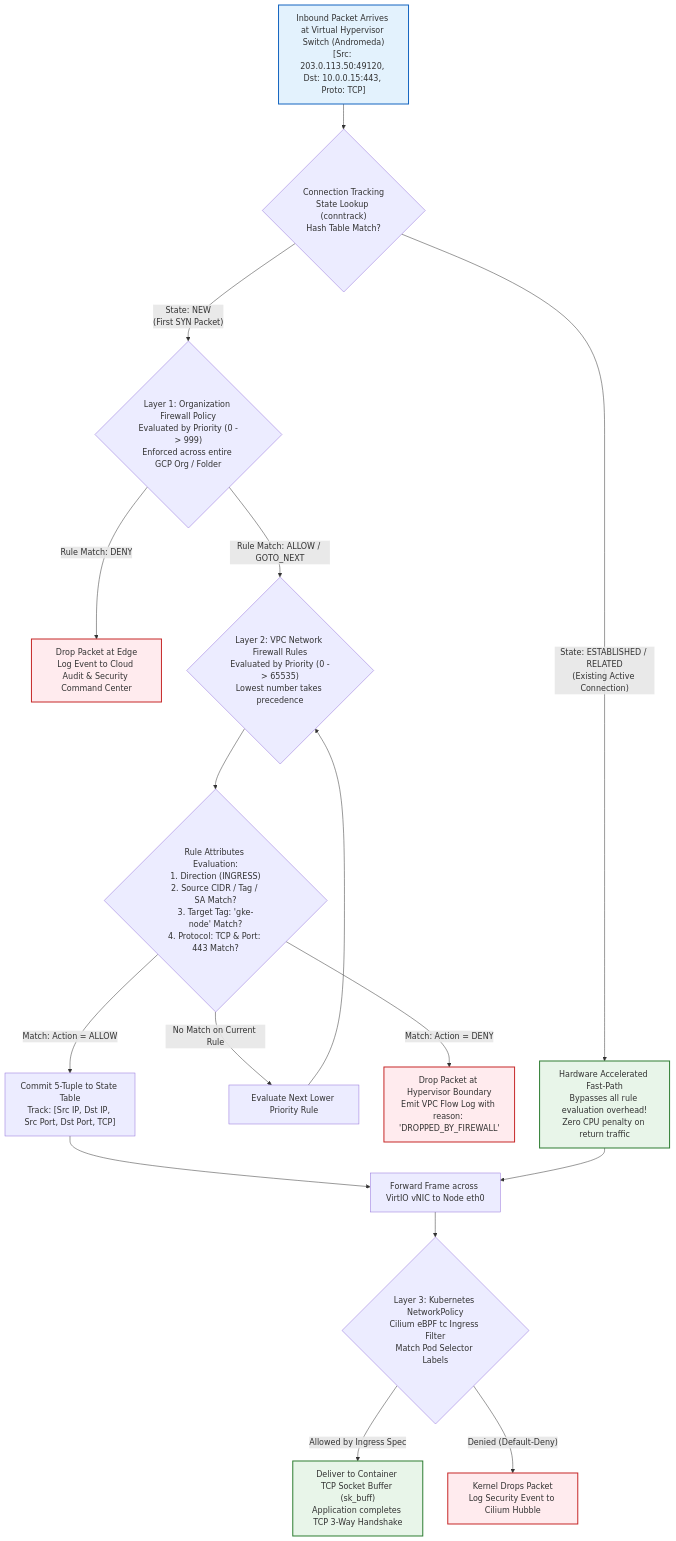
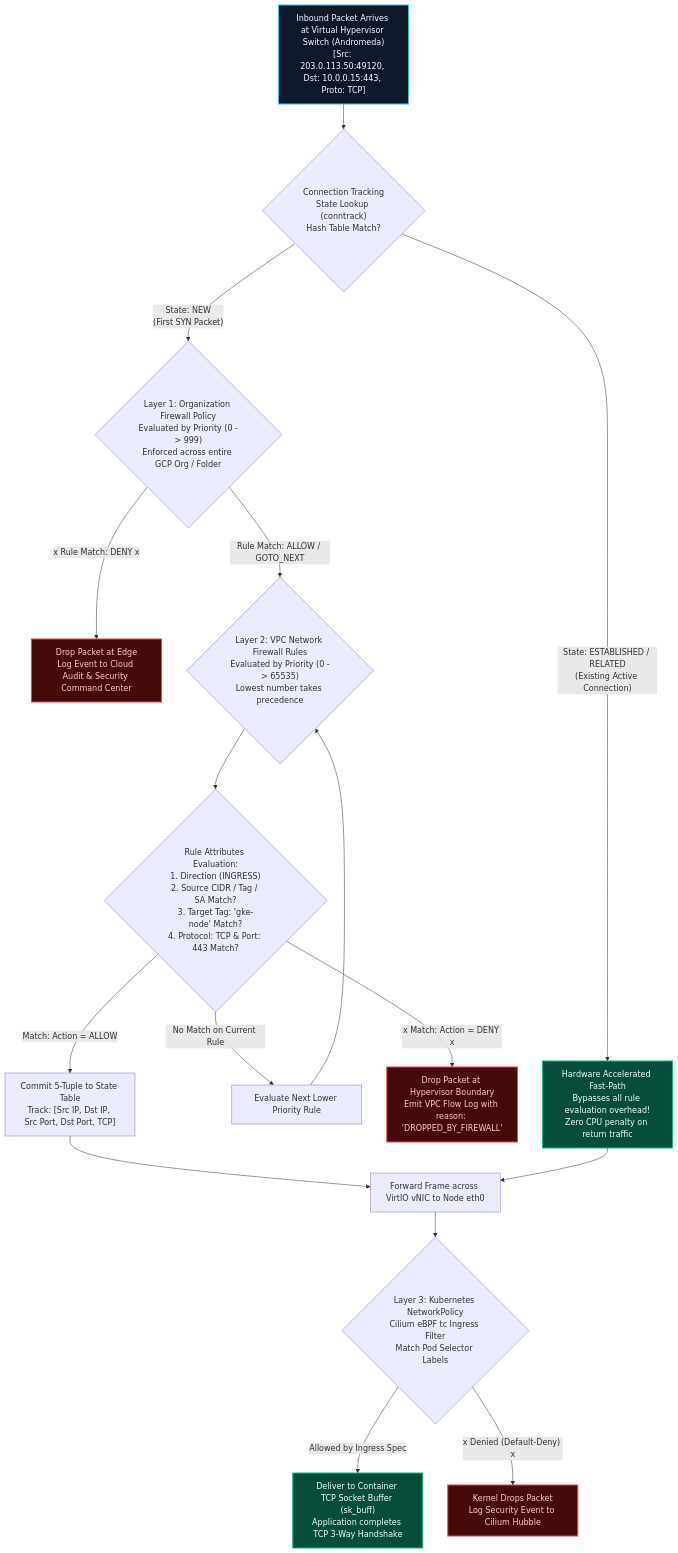
The fifth of 15 diagrams in kubernetes/networking-shell-command.md (Chief-Strategist-J/gcd), drawn with Mermaid before and after one commit. The commit also changed other lines of this file, not shown here.

Commit message:
fix(mermaid): resolve syntax parse errors and apply dark theme colors with clear error pathways

````diff
--- a/kubernetes/networking-shell-command.md
+++ b/kubernetes/networking-shell-command.md
@@ -500,34 +500,34 @@
 ```mermaid
 graph TD
     InPacket["Inbound Packet Arrives at Virtual Hypervisor Switch (Andromeda)<br/>[Src: 203.0.113.50:49120, Dst: 10.0.0.15:443, Proto: TCP]"] --> ConntrackCheck{"Connection Tracking<br/>State Lookup (conntrack)<br/>Hash Table Match?"}
 
     ConntrackCheck -- "State: ESTABLISHED / RELATED<br/>(Existing Active Connection)" --> FastPath["Hardware Accelerated Fast-Path<br/>Bypasses all rule evaluation overhead!<br/>Zero CPU penalty on return traffic"]
     
     ConntrackCheck -- "State: NEW<br/>(First SYN Packet)" --> OrgFirewall{"Layer 1: Organization Firewall Policy<br/>Evaluated by Priority (0 -> 999)<br/>Enforced across entire GCP Org / Folder"}
 
-    OrgFirewall -- "Rule Match: DENY" --> DropOrg["Drop Packet at Edge<br/>Log Event to Cloud Audit & Security Command Center"]
+    OrgFirewall -- "x Rule Match: DENY x" --> DropOrg["Drop Packet at Edge<br/>Log Event to Cloud Audit & Security Command Center"]
     OrgFirewall -- "Rule Match: ALLOW / GOTO_NEXT" --> VPCFirewall{"Layer 2: VPC Network Firewall Rules<br/>Evaluated by Priority (0 -> 65535)<br/>Lowest number takes precedence"}
 
     VPCFirewall --> RuleMatch{"Rule Attributes Evaluation:<br/>1. Direction (INGRESS)<br/>2. Source CIDR / Tag / SA Match?<br/>3. Target Tag: 'gke-node' Match?<br/>4. Protocol: TCP & Port: 443 Match?"}
 
     RuleMatch -- "No Match on Current Rule" --> NextPriority["Evaluate Next Lower Priority Rule"]
     NextPriority --> VPCFirewall
 
-    RuleMatch -- "Match: Action = DENY" --> DropVPC["Drop Packet at Hypervisor Boundary<br/>Emit VPC Flow Log with reason: 'DROPPED_BY_FIREWALL'"]
+    RuleMatch -- "x Match: Action = DENY x" --> DropVPC["Drop Packet at Hypervisor Boundary<br/>Emit VPC Flow Log with reason: 'DROPPED_BY_FIREWALL'"]
     RuleMatch -- "Match: Action = ALLOW" --> WriteConntrack["Commit 5-Tuple to State Table<br/>Track: [Src IP, Dst IP, Src Port, Dst Port, TCP]"]
 
     WriteConntrack --> PassToNode["Forward Frame across VirtIO vNIC to Node eth0"]
     FastPath --> PassToNode
 
     PassToNode --> NetPolCheck{"Layer 3: Kubernetes NetworkPolicy<br/>Cilium eBPF tc Ingress Filter<br/>Match Pod Selector Labels"}
     
     NetPolCheck -- "Allowed by Ingress Spec" --> DeliverPod["Deliver to Container TCP Socket Buffer (sk_buff)<br/>Application completes TCP 3-Way Handshake"]
-    NetPolCheck -- "Denied (Default-Deny)" --> DropNetPol["Kernel Drops Packet<br/>Log Security Event to Cilium Hubble"]
+    NetPolCheck -- "x Denied (Default-Deny) x" --> DropNetPol["Kernel Drops Packet<br/>Log Security Event to Cilium Hubble"]
 
-    style InPacket fill:#e3f2fd,stroke:#1565c0,stroke-width:2px
-    style FastPath fill:#e8f5e9,stroke:#2e7d32,stroke-width:2px
-    style DropOrg fill:#ffebee,stroke:#c62828,stroke-width:2px
-    style DropVPC fill:#ffebee,stroke:#c62828,stroke-width:2px
-    style DropNetPol fill:#ffebee,stroke:#c62828,stroke-width:2px
-    style DeliverPod fill:#e8f5e9,stroke:#2e7d32,stroke-width:2px
+    style InPacket fill:#0f172a,stroke:#38bdf8,stroke-width:2px,color:#f8fafc
+    style FastPath fill:#064e3b,stroke:#10b981,stroke-width:2px,color:#ecfdf5
+    style DropOrg fill:#450a0a,stroke:#ef4444,stroke-width:2px,color:#fecaca
+    style DropVPC fill:#450a0a,stroke:#ef4444,stroke-width:2px,color:#fecaca
+    style DropNetPol fill:#450a0a,stroke:#ef4444,stroke-width:2px,color:#fecaca
+    style DeliverPod fill:#064e3b,stroke:#10b981,stroke-width:2px,color:#ecfdf5
 ```
````
